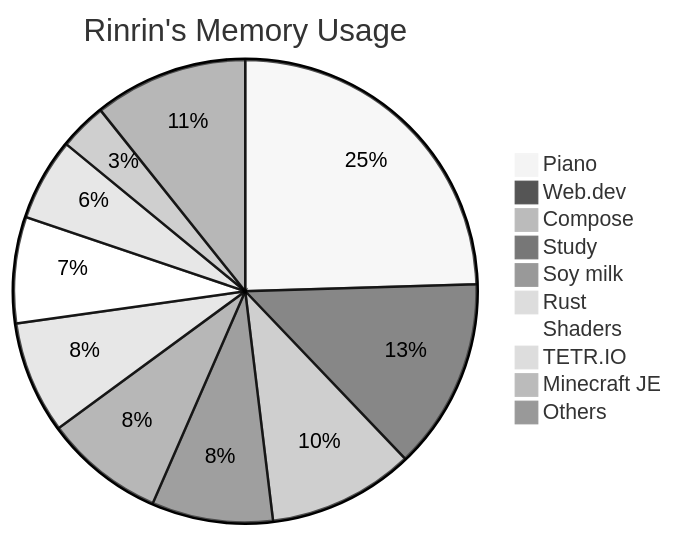
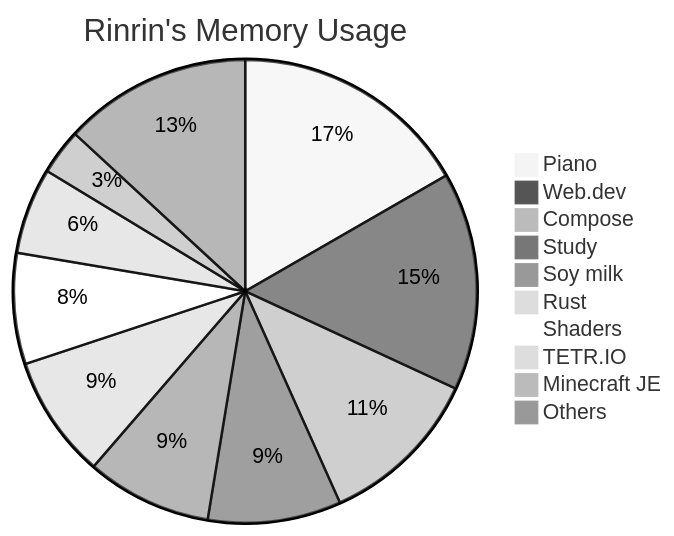
One commit to Rinrin0413/Rinrin0413 changed the diagram in README.md. Above: the diagram before and after it, drawn with Mermaid (neutral theme).

Commit message:
🛠 Update: Rinrin's Memory Usage

````diff
--- a/README.md
+++ b/README.md
@@ -76,13 +76,13 @@
 ```mermaid
 pie title Rinrin's Memory Usage
-    "Piano": 281
-    "Web.dev": 153
-    "Compose": 117
-    "Study": 97
+    "Piano": 183
+    "Web.dev": 167
+    "Compose": 125
+    "Study": 102
     "Soy milk": 96
-    "Rust": 90
+    "Rust": 94
     "Shaders": 85
     "TETR.IO": 66
-    "Minecraft JE": 38
-    "Others": 123
+    "Minecraft JE": 35
+    "Others": 144
 ```
````
